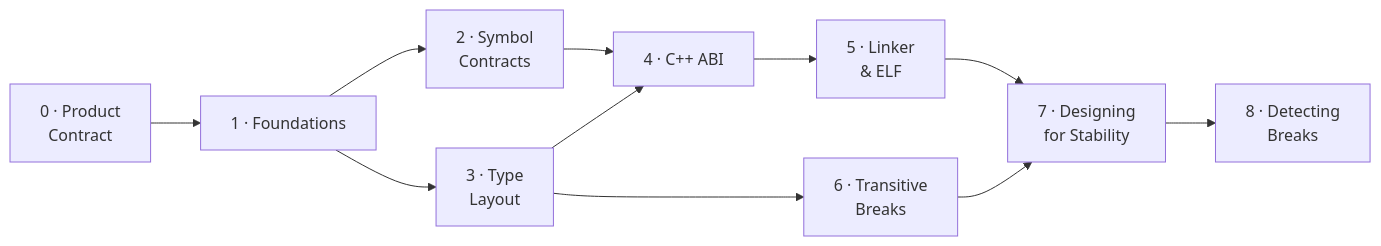
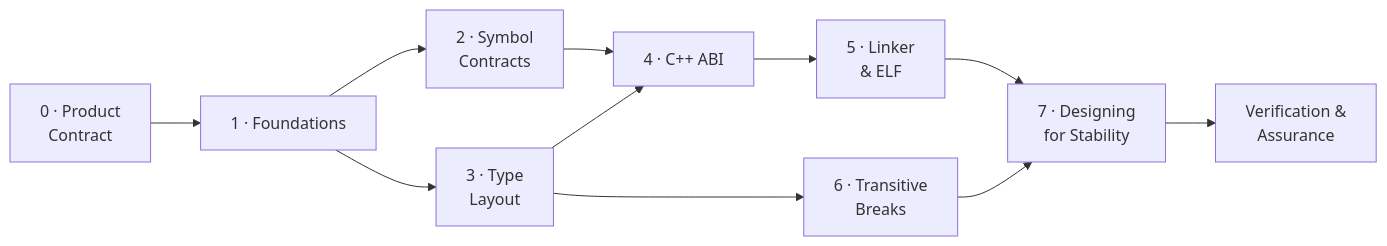
The diagram in docs/learn/abi-api-handling.md (abicheck/abicheck), drawn with Mermaid before and after one commit. The commit also changed other lines of this file and 16 other files, not shown here.

````diff
--- a/docs/learn/abi-api-handling.md
+++ b/docs/learn/abi-api-handling.md
@@ -103,13 +108,13 @@
 ```mermaid
 flowchart LR
     P0["0 · Product<br/>Contract"] --> P1["1 · Foundations"]
     P1 --> P2["2 · Symbol<br/>Contracts"]
     P1 --> P3["3 · Type<br/>Layout"]
     P2 --> P4["4 · C++ ABI"]
     P3 --> P4
     P4 --> P5["5 · Linker<br/>& ELF"]
     P3 --> P6["6 · Transitive<br/>Breaks"]
     P5 --> P7["7 · Designing<br/>for Stability"]
     P6 --> P7
-    P7 --> P8["8 · Detecting<br/>Breaks"]
+    P7 --> VA["Verification &<br/>Assurance"]
 ```
````
